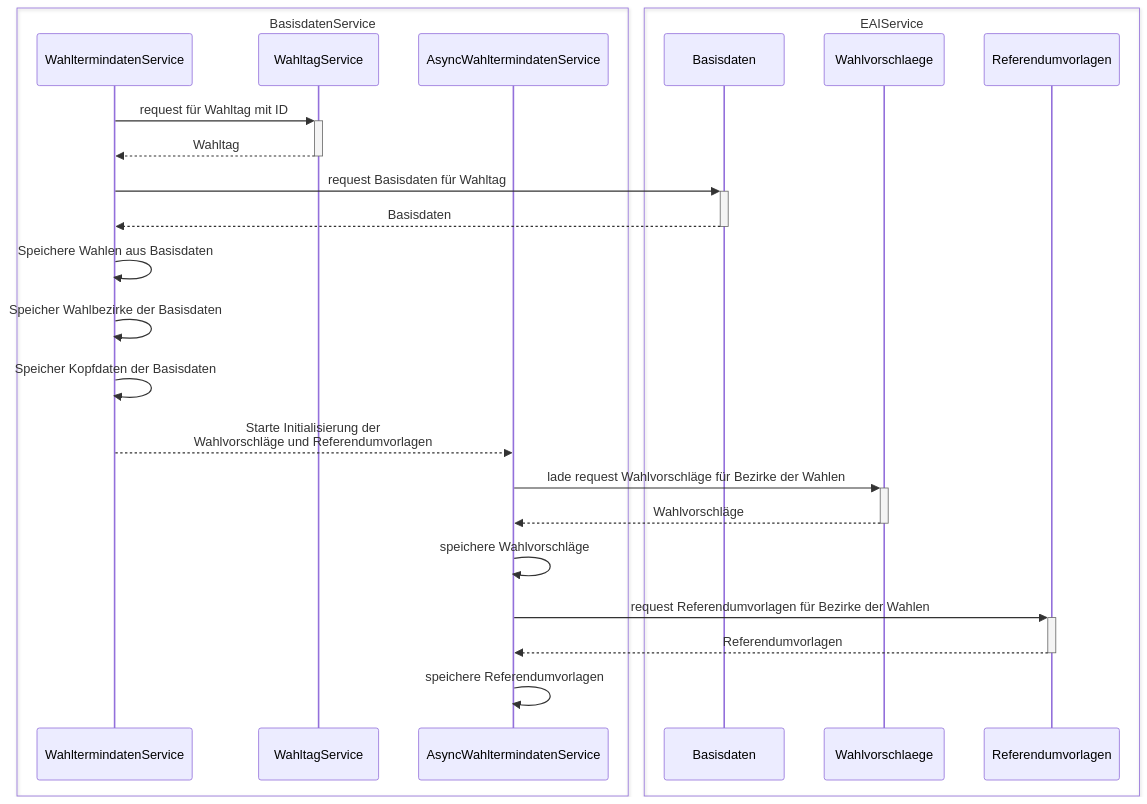
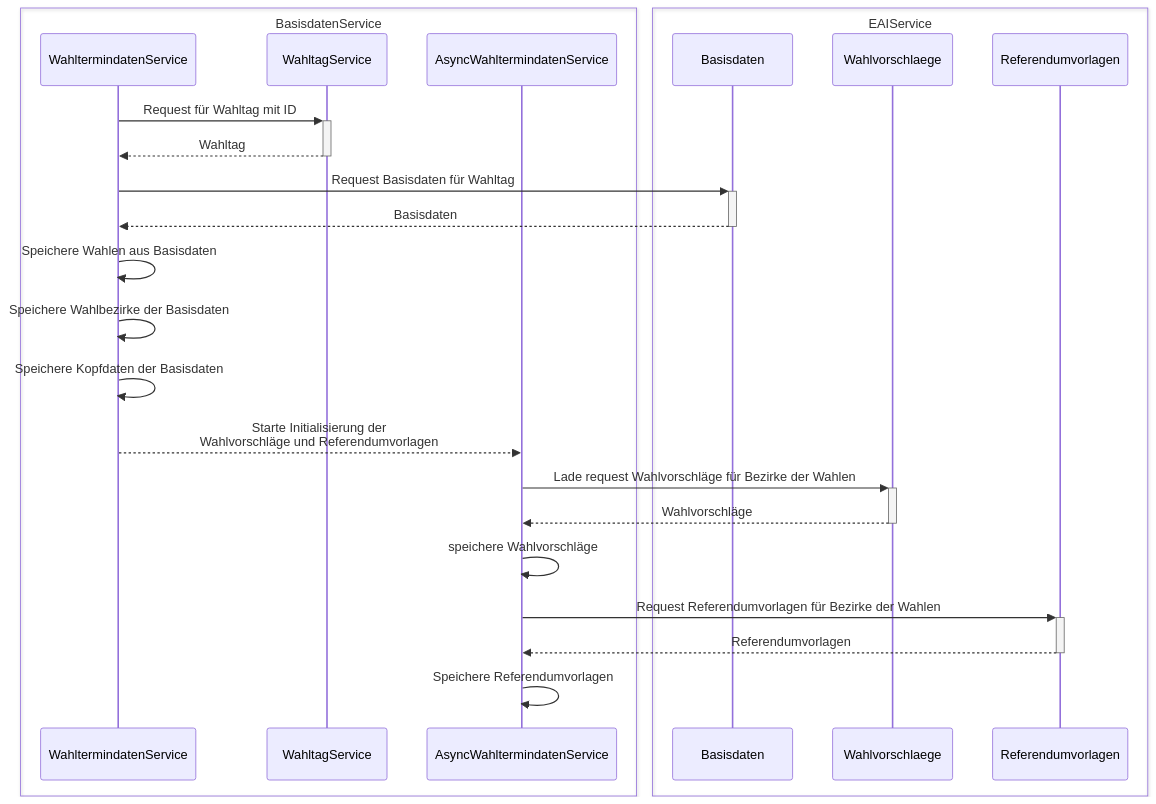
Before and after one commit to it-at-m/Wahllokalsystem: the second of 2 diagrams in docs/src/services/backend-services/basisdaten-service/index.md, drawn with Mermaid. The commit also changed 5 other files, not shown here.

````diff
--- a/docs/src/services/backend-services/basisdaten-service/index.md
+++ b/docs/src/services/backend-services/basisdaten-service/index.md
@@ -64,35 +64,35 @@
 ```mermaid
 
 sequenceDiagram
 
     box BasisdatenService
         participant WahltermindatenService
         participant WahltagService
         participant AsyncWahltermindatenService
     end
     box EAIService
         participant Basisdaten
         participant Wahlvorschlaege
         participant Referendumvorlagen
     end
 
-    WahltermindatenService ->>+ WahltagService: request für Wahltag mit ID
+    WahltermindatenService ->>+ WahltagService: Request für Wahltag mit ID
     WahltagService -->>- WahltermindatenService: Wahltag
 
-    WahltermindatenService ->>+ Basisdaten : request Basisdaten für Wahltag
+    WahltermindatenService ->>+ Basisdaten : Request Basisdaten für Wahltag
     Basisdaten -->>- WahltermindatenService : Basisdaten
 
     WahltermindatenService ->> WahltermindatenService : Speichere Wahlen aus Basisdaten
-    WahltermindatenService ->> WahltermindatenService : Speicher Wahlbezirke der Basisdaten
-    WahltermindatenService ->> WahltermindatenService : Speicher Kopfdaten der Basisdaten
+    WahltermindatenService ->> WahltermindatenService : Speichere Wahlbezirke der Basisdaten
+    WahltermindatenService ->> WahltermindatenService : Speichere Kopfdaten der Basisdaten
 
     WahltermindatenService -->> AsyncWahltermindatenService : Starte Initialisierung der<br>Wahlvorschläge und Referendumvorlagen
 
-    AsyncWahltermindatenService ->>+ Wahlvorschlaege : lade request Wahlvorschläge für Bezirke der Wahlen
+    AsyncWahltermindatenService ->>+ Wahlvorschlaege : Lade request Wahlvorschläge für Bezirke der Wahlen
     Wahlvorschlaege -->>- AsyncWahltermindatenService : Wahlvorschläge
     AsyncWahltermindatenService ->> AsyncWahltermindatenService : speichere Wahlvorschläge
 
-    AsyncWahltermindatenService ->>+ Referendumvorlagen : request Referendumvorlagen für Bezirke der Wahlen
+    AsyncWahltermindatenService ->>+ Referendumvorlagen : Request Referendumvorlagen für Bezirke der Wahlen
     Referendumvorlagen -->>- AsyncWahltermindatenService : Referendumvorlagen
-    AsyncWahltermindatenService ->> AsyncWahltermindatenService : speichere Referendumvorlagen
+    AsyncWahltermindatenService ->> AsyncWahltermindatenService : Speichere Referendumvorlagen
 ```
````
